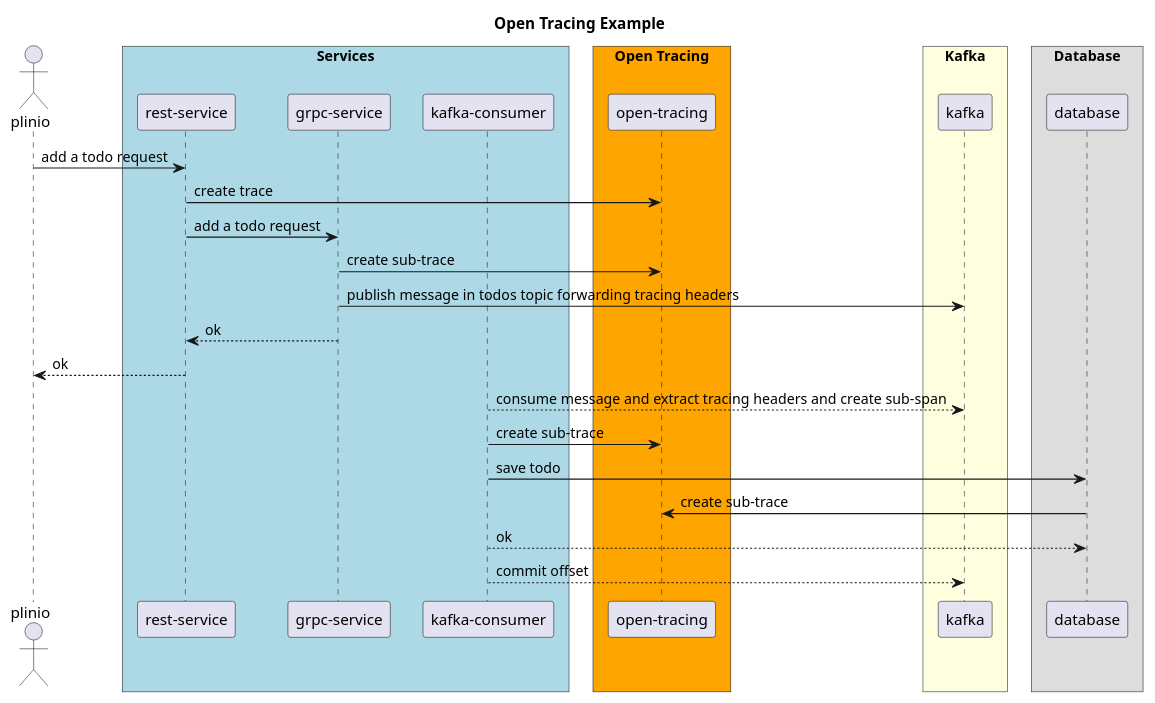
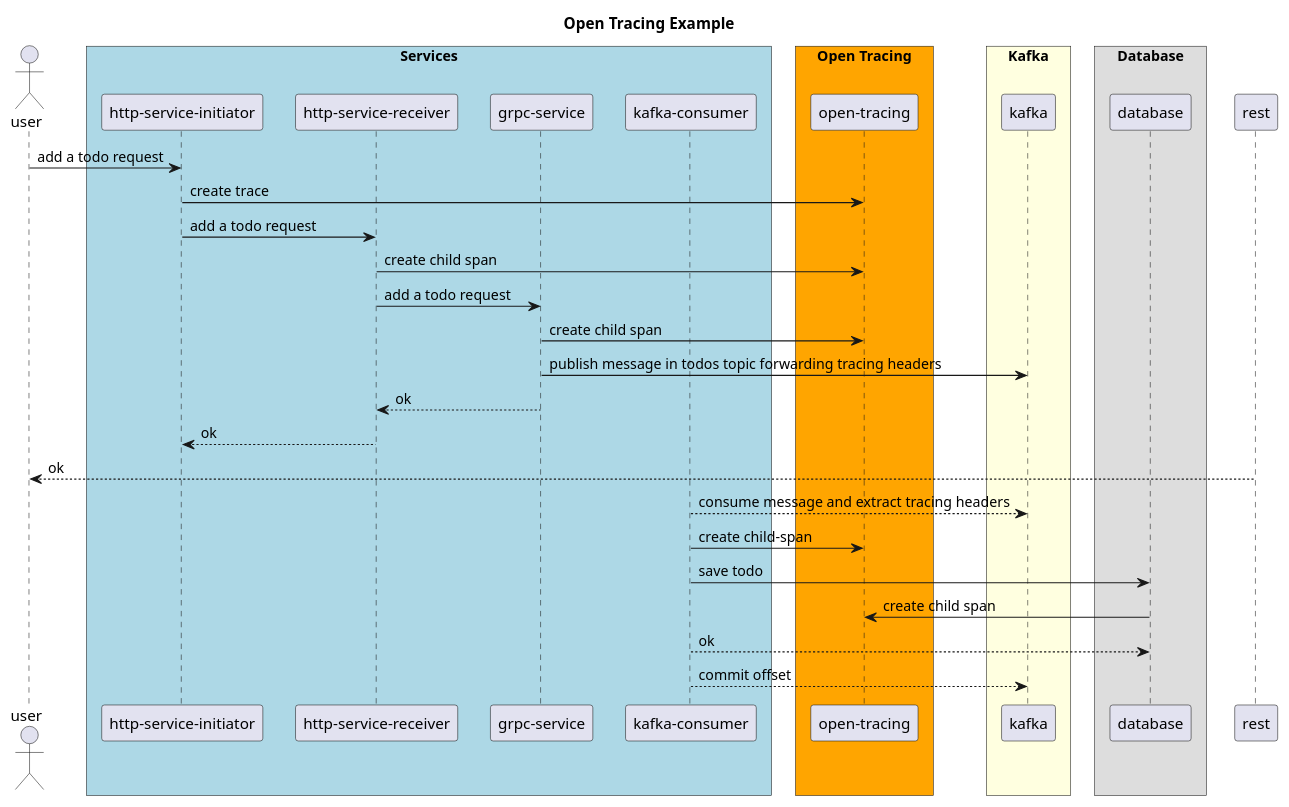
Before and after one commit to andream16/go-opentracing-example: the diagram in docs/architecture.puml, drawn with PlantUML. The commit also changed 5 other files, not shown here.

```diff
--- a/docs/architecture.puml
+++ b/docs/architecture.puml
@@ -1,42 +1,46 @@
 @startuml
 
 title Open Tracing Example
 
 skinparam ParticipantPadding 10
 skinparam BoxPadding 10
 
-actor plinio
+actor user
 
 box "Services" #LightBlue
-    participant "rest-service" as rest
+    participant "http-service-initiator" as initiator
+    participant "http-service-receiver" as receiver
     participant "grpc-service" as grpc
     participant "kafka-consumer" as consumer
 end box
 
 box "Open Tracing" #Orange
     participant "open-tracing" as ot
 end box
 
 box "Kafka" #LightYellow
     participant "kafka" as kafka
 end box
 
 box "Database"
     participant "database" as db
 end box
 
-plinio->rest: add a todo request
-rest->ot: create trace
-rest->grpc: add a todo request
-grpc->ot: create sub-trace
+user->initiator: add a todo request
+initiator->ot: create trace
+initiator->receiver: add a todo request
+receiver->ot: create child span
+receiver->grpc: add a todo request
+grpc->ot: create child span
 grpc->kafka: publish message in todos topic forwarding tracing headers
-rest<--grpc: ok
-plinio<--rest: ok
-kafka<--consumer: consume message and extract tracing headers and create sub-span
-consumer->ot: create sub-trace
+receiver<--grpc: ok
+initiator<--receiver: ok
+user<--rest: ok
+kafka<--consumer: consume message and extract tracing headers
+consumer->ot: create child-span
 consumer->db: save todo
-db->ot: create sub-trace
+db->ot: create child span
 db<--consumer: ok
 kafka<--consumer: commit offset
 
 @enduml
```
